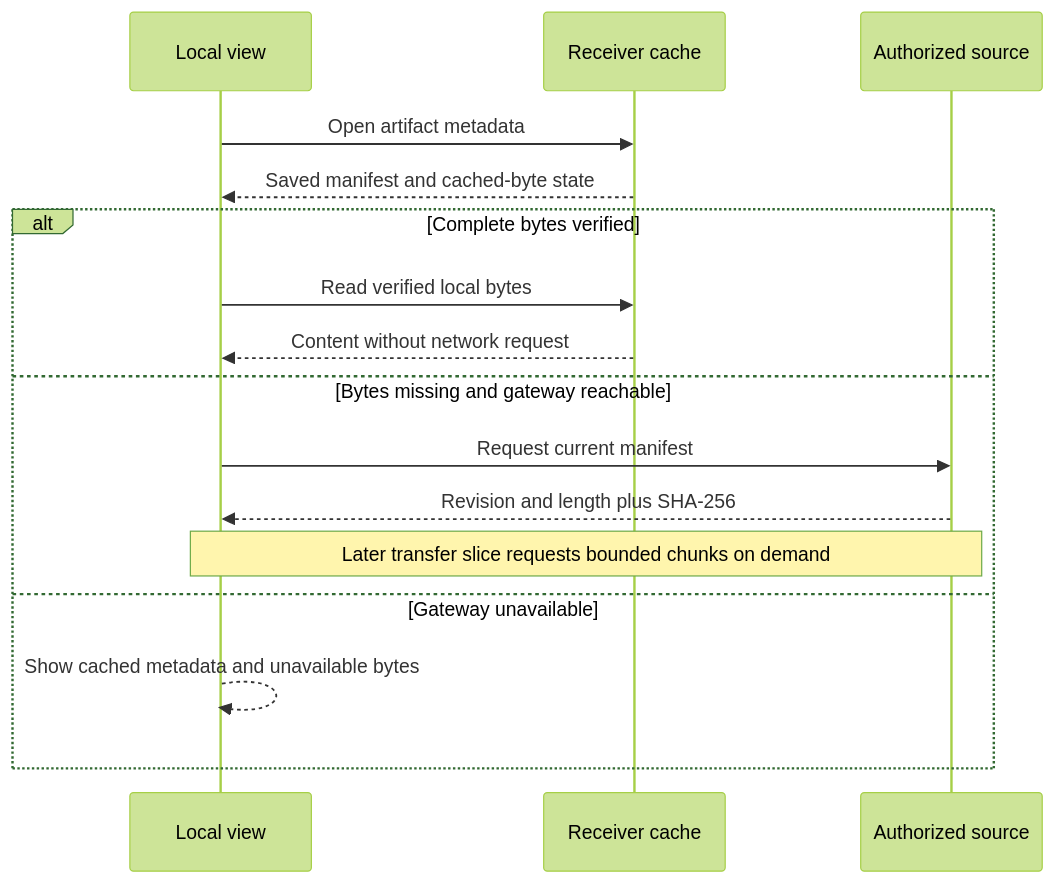
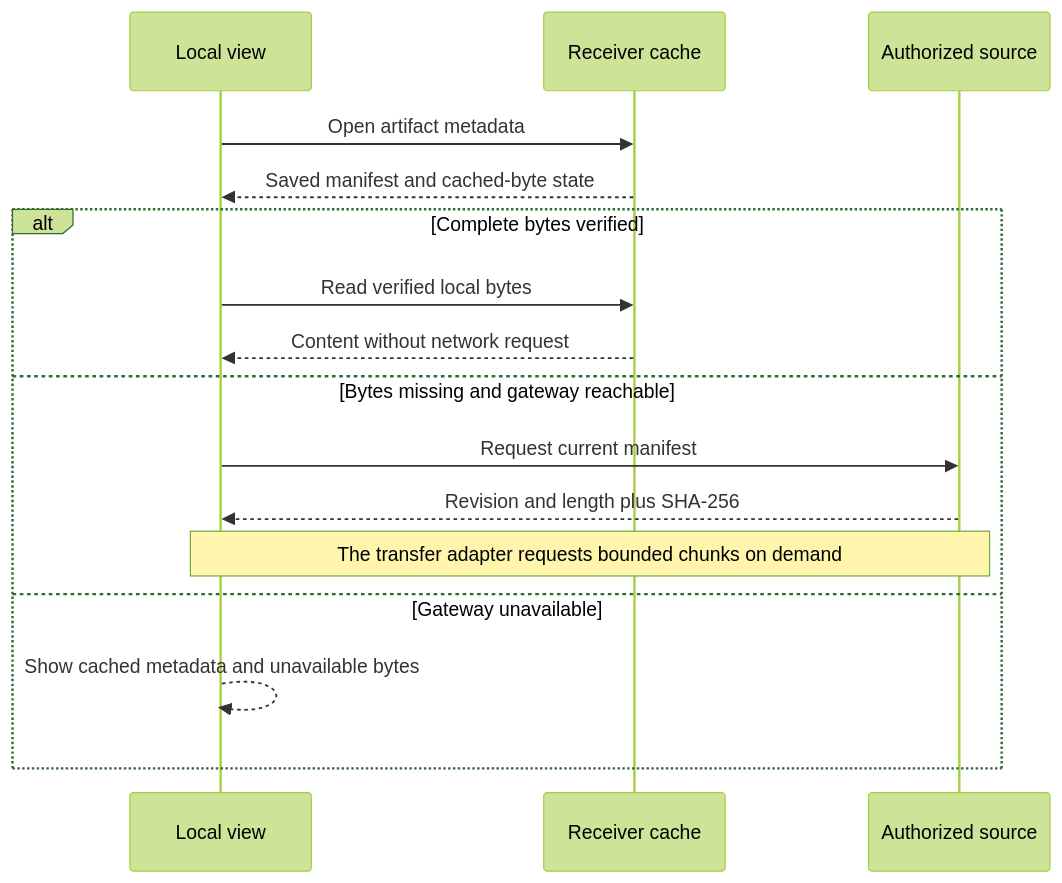
One commit to nessalabs/sync-engine changed the diagram in docs/design/artifact-contract.md. Above: the diagram before and after it, drawn with Mermaid (forest theme). The commit also changed other lines of this file and 21 other files, not shown here.

First line of the commit message:
Transfer verified artifact chunks with durable resume (#25)

````diff
--- a/docs/design/artifact-contract.md
+++ b/docs/design/artifact-contract.md
@@ -50,18 +50,18 @@
 ```mermaid
 sequenceDiagram
     participant V as Local view
     participant C as Receiver cache
     participant S as Authorized source
     V->>C: Open artifact metadata
     C-->>V: Saved manifest and cached-byte state
     alt Complete bytes verified
         V->>C: Read verified local bytes
         C-->>V: Content without network request
     else Bytes missing and gateway reachable
         V->>S: Request current manifest
         S-->>V: Revision and length plus SHA-256
-        Note over V,S: Later transfer slice requests bounded chunks on demand
+        Note over V,S: The transfer adapter requests bounded chunks on demand
     else Gateway unavailable
         V-->>V: Show cached metadata and unavailable bytes
     end
 ```
````
